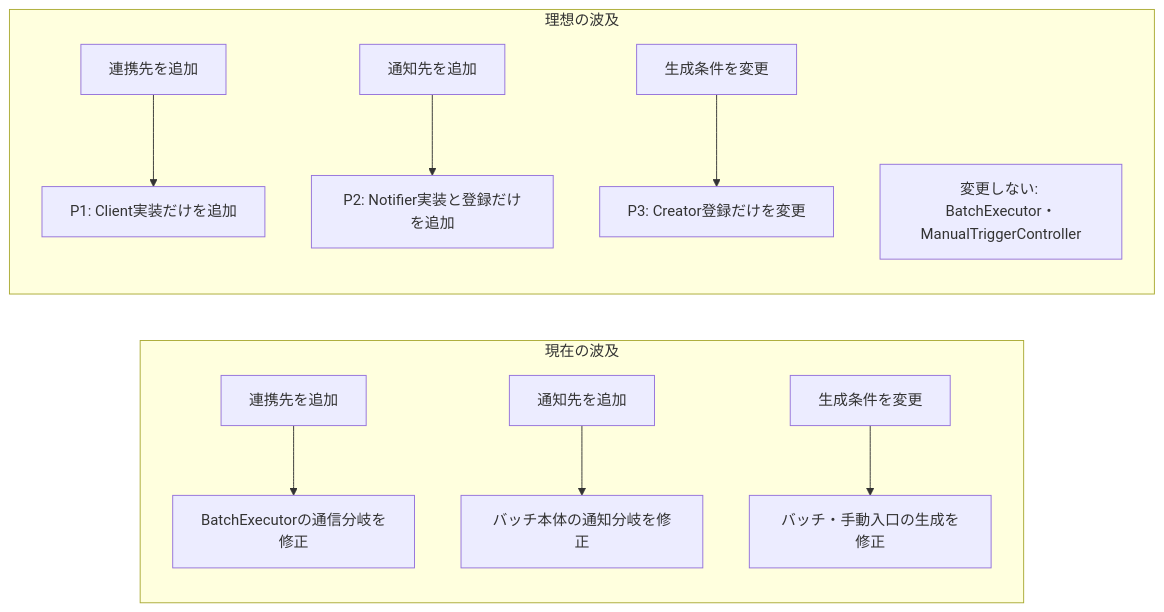
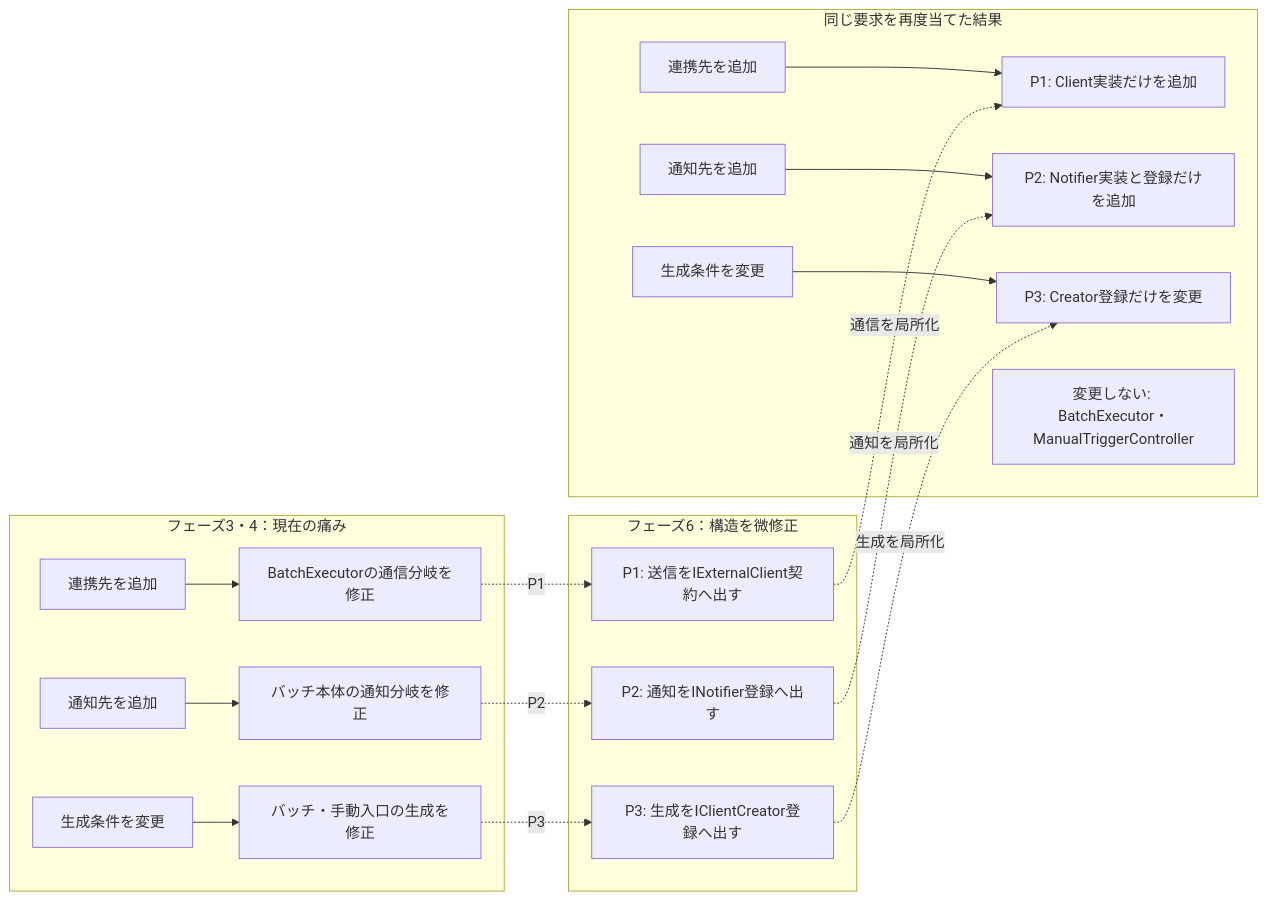
The sixth of 13 diagrams in kindle/design-patterns/output/chapter10.md (kumachan1101-pixel/DesignPattern), drawn with Mermaid before and after one commit. The commit also changed other lines of this file and 22 other files, not shown here.

````diff
--- a/kindle/design-patterns/output/chapter10.md
+++ b/kindle/design-patterns/output/chapter10.md
@@ -865,14 +865,25 @@
 ```mermaid
 flowchart LR
-    subgraph Current["現在の波及"]
+    subgraph Pain["フェーズ3・4：現在の痛み"]
         CR1["連携先を追加"] --> C1["BatchExecutorの通信分岐を修正"]
         CR2["通知先を追加"] --> C2["バッチ本体の通知分岐を修正"]
         CR3["生成条件を変更"] --> C3["バッチ・手動入口の生成を修正"]
     end
-    subgraph Ideal["理想の波及"]
+    subgraph StructuralChange["フェーズ6：構造を微修正"]
+        S1["P1: 送信をIExternalClient契約へ出す"]
+        S2["P2: 通知をINotifier登録へ出す"]
+        S3["P3: 生成をIClientCreator登録へ出す"]
+    end
+    subgraph Result["同じ要求を再度当てた結果"]
         IR1["連携先を追加"] --> I1["P1: Client実装だけを追加"]
         IR2["通知先を追加"] --> I2["P2: Notifier実装と登録だけを追加"]
         IR3["生成条件を変更"] --> I3["P3: Creator登録だけを変更"]
         IS["変更しない: BatchExecutor・ManualTriggerController"]
     end
+    C1 -. "P1" .-> S1
+    S1 -. "通信を局所化" .-> I1
+    C2 -. "P2" .-> S2
+    S2 -. "通知を局所化" .-> I2
+    C3 -. "P3" .-> S3
+    S3 -. "生成を局所化" .-> I3
 ```
````
